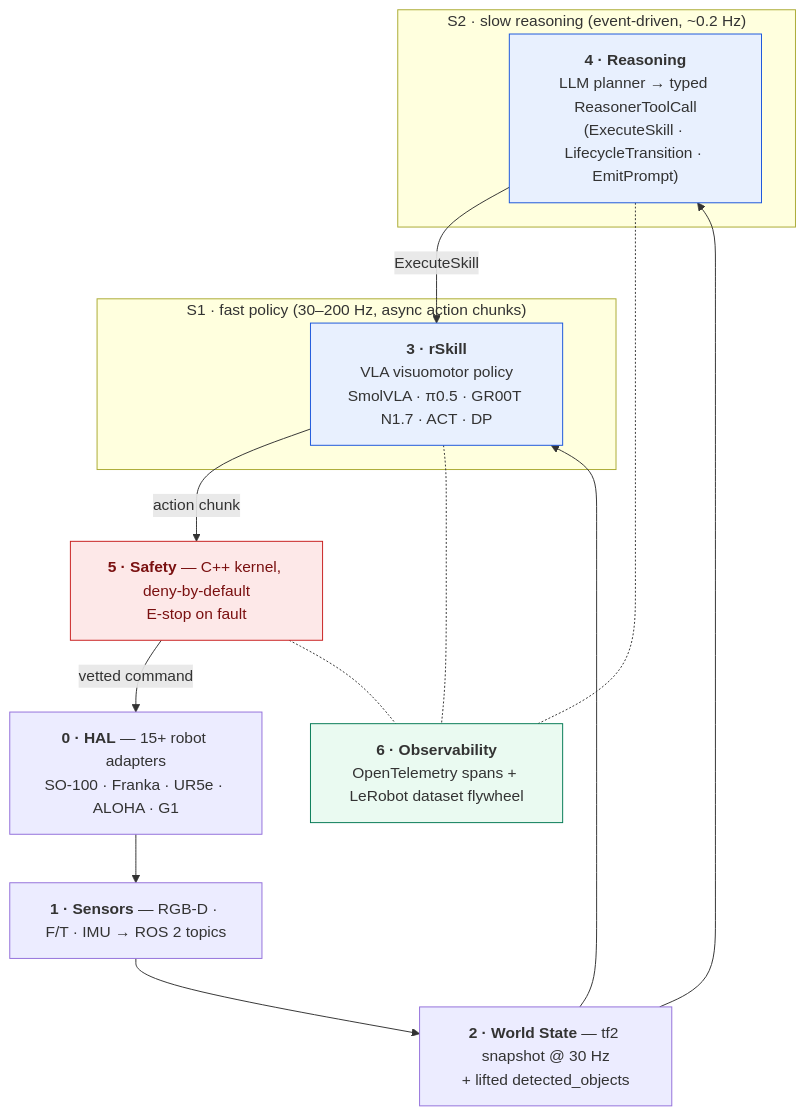
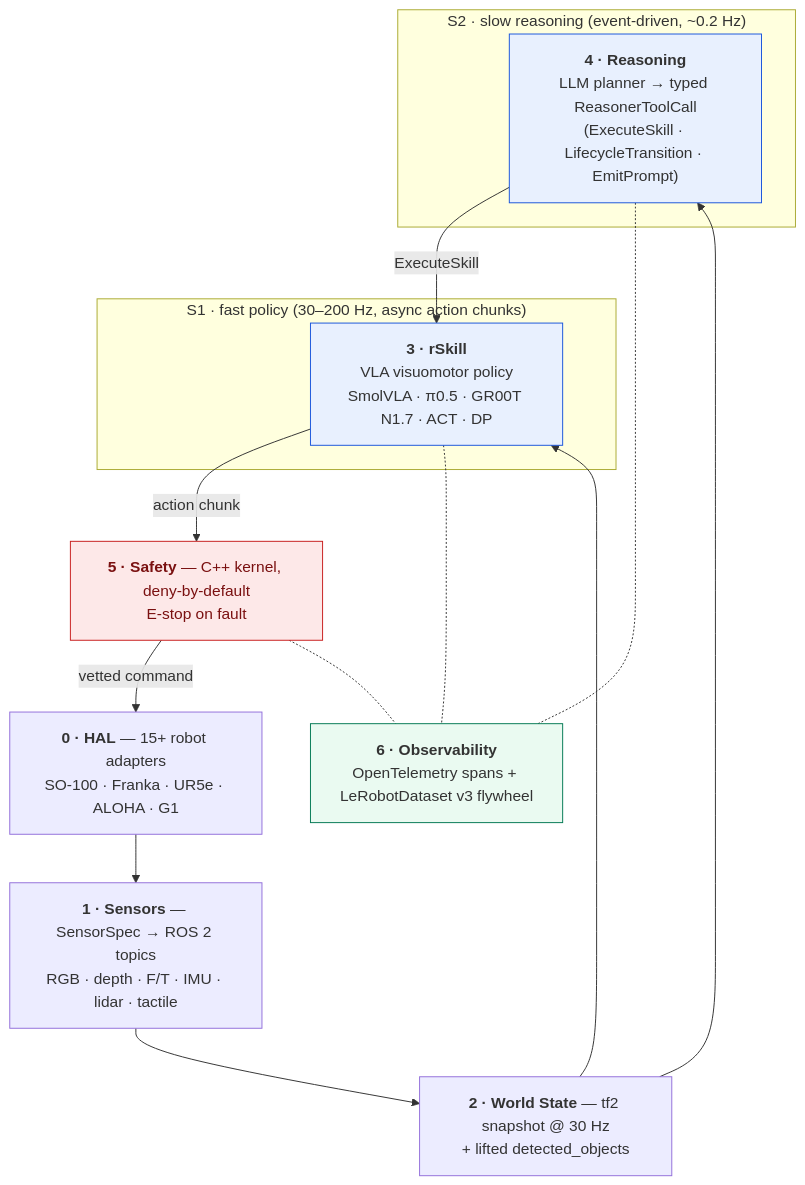
The diagram in README.md (OpenRAL/openral), drawn with Mermaid before and after one commit. The commit also changed other lines of this file and 123 other files, not shown here.

````diff
--- a/README.md
+++ b/README.md
@@ -258,34 +244,34 @@
 ```mermaid
 flowchart TB
     subgraph S2["S2 · slow reasoning (event-driven, ~0.2 Hz)"]
         REASON["<b>4 · Reasoning</b><br/>LLM planner → typed ReasonerToolCall<br/>(ExecuteSkill · LifecycleTransition · EmitPrompt)"]
     end
 
     subgraph S1["S1 · fast policy (30–200 Hz, async action chunks)"]
         RSKILL["<b>3 · rSkill</b><br/>VLA visuomotor policy<br/>SmolVLA · π0.5 · GR00T N1.7 · ACT · DP"]
     end
 
     HAL["<b>0 · HAL</b> — 15+ robot adapters<br/>SO-100 · Franka · UR5e · ALOHA · G1"]
-    SENSORS["<b>1 · Sensors</b> — RGB-D · F/T · IMU → ROS 2 topics"]
+    SENSORS["<b>1 · Sensors</b> — SensorSpec → ROS 2 topics<br/>RGB · depth · F/T · IMU · lidar · tactile"]
     WORLD["<b>2 · World State</b> — tf2 snapshot @ 30 Hz<br/>+ lifted detected_objects"]
     SAFETY["<b>5 · Safety</b> — C++ kernel, deny-by-default<br/>E-stop on fault"]
-    OBS["<b>6 · Observability</b><br/>OpenTelemetry spans + LeRobot dataset flywheel"]
+    OBS["<b>6 · Observability</b><br/>OpenTelemetry spans + LeRobotDataset v3 flywheel"]
 
     HAL --> SENSORS --> WORLD
     WORLD --> RSKILL
     WORLD --> REASON
     REASON -- ExecuteSkill --> RSKILL
     RSKILL -- action chunk --> SAFETY
     SAFETY -- vetted command --> HAL
 
     RSKILL -.- OBS
     REASON -.- OBS
     SAFETY -.- OBS
 
     classDef safety fill:#fde8e8,stroke:#c81e1e,color:#7a1010;
     classDef policy fill:#e8f0fe,stroke:#1a56db;
     classDef obs fill:#eafaf1,stroke:#057a55;
     class SAFETY safety;
     class RSKILL,REASON policy;
     class OBS obs;
 ```
````
